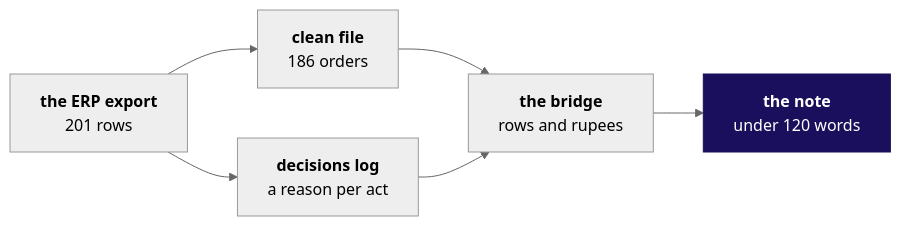
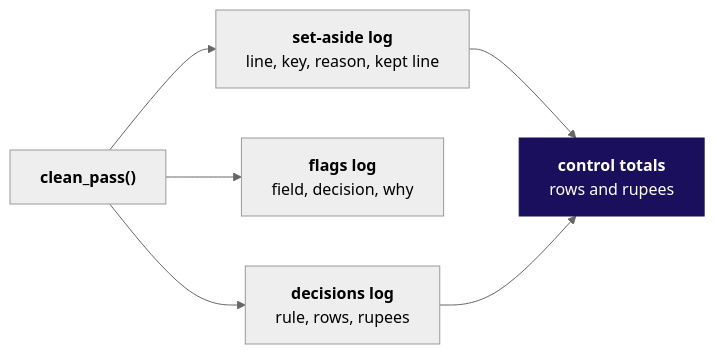
The first of 9 diagrams in content/W01/D3/slides/C2_W01_D03_half2_STUDENT.md (fde-academy-lab/c2-content-factory), drawn with Mermaid (neutral theme) before and after one commit. The commit also changed other lines of this file and 10 other files, not shown here.

````diff
--- a/content/W01/D3/slides/C2_W01_D03_half2_STUDENT.md
+++ b/content/W01/D3/slides/C2_W01_D03_half2_STUDENT.md
@@ -49,10 +84,10 @@
 ```mermaid
 flowchart LR
-    F["<b>the ERP export</b><br/>201 rows"] --> C["<b>clean file</b><br/>186 orders"]
-    F --> L["<b>decisions log</b><br/>a reason per act"]
-    C --> B["<b>the bridge</b><br/>rows and rupees"]
-    L --> B
-    B --> N["<b>the note</b><br/>under 120 words"]
+    P["<b>clean_pass()</b>"] --> S["<b>set-aside log</b><br/>line, key, reason, kept line"]
+    P --> F["<b>flags log</b><br/>field, decision, why"]
+    P --> D["<b>decisions log</b><br/>rule, rows, rupees"]
+    S --> T["<b>control totals</b><br/>rows and rupees"]
+    D --> T
     classDef bet fill:#1A0F5C,stroke:#1A0F5C,color:#FFFFFF
-    class N bet
+    class T bet
 ```
````
